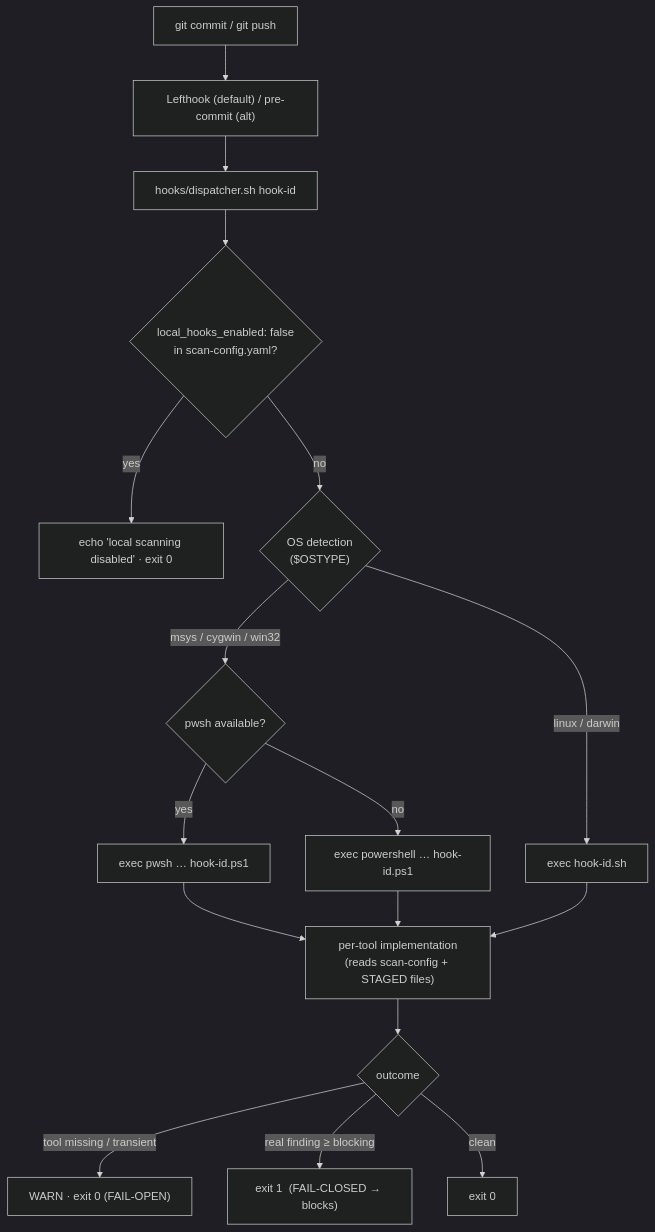
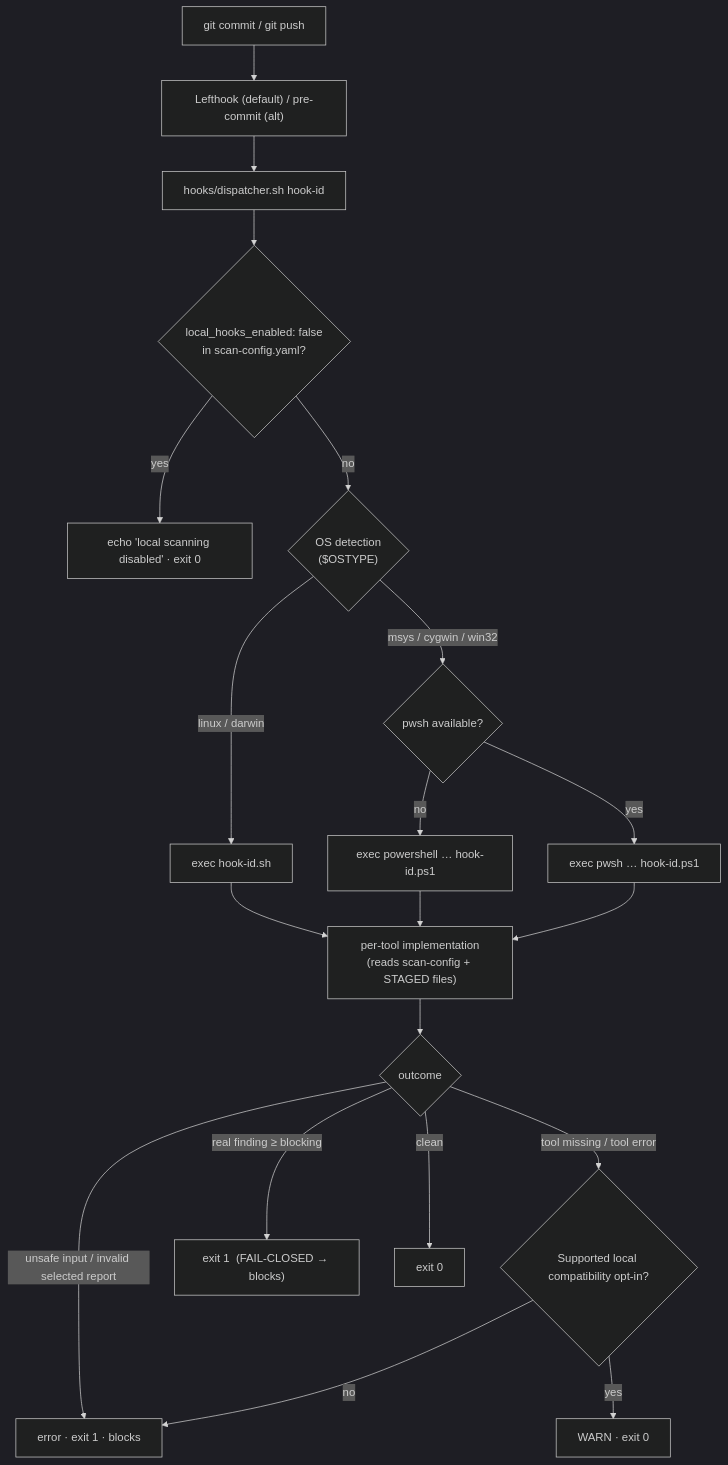
The third of 9 diagrams in docs/ARCHITECTURE.md (agenticcodingops/auto-code-scanning), drawn with Mermaid (dark theme) before and after one commit. The commit also changed other lines of this file and 17 other files, not shown here.

````diff
--- a/docs/ARCHITECTURE.md
+++ b/docs/ARCHITECTURE.md
@@ -99,19 +99,22 @@
 ```mermaid
 flowchart TD
     ev["git commit / git push"] --> runner["Lefthook (default) / pre-commit (alt)"]
     runner --> disp["hooks/dispatcher.sh hook-id"]
     disp --> ks{"local_hooks_enabled: false<br/>in scan-config.yaml?"}
     ks -->|"yes"| skip["echo 'local scanning disabled' · exit 0"]
     ks -->|"no"| osd{"OS detection<br/>($OSTYPE)"}
     osd -->|"msys / cygwin / win32"| winp{"pwsh available?"}
     winp -->|"yes"| p1["exec pwsh … hook-id.ps1"]
     winp -->|"no"| p2["exec powershell … hook-id.ps1"]
     osd -->|"linux / darwin"| s1["exec hook-id.sh"]
     p1 --> impl
     p2 --> impl
     s1 --> impl["per-tool implementation<br/>(reads scan-config + STAGED files)"]
     impl --> outcome{"outcome"}
-    outcome -->|"tool missing / transient"| open["WARN · exit 0  (FAIL-OPEN)"]
+    outcome -->|"tool missing / tool error"| compat{"Supported local compatibility opt-in?"}
+    compat -->|"no"| blocked["error · exit 1 · blocks"]
+    compat -->|"yes"| open["WARN · exit 0"]
+    outcome -->|"unsafe input / invalid selected report"| blocked
     outcome -->|"real finding ≥ blocking"| closed["exit 1  (FAIL-CLOSED → blocks)"]
     outcome -->|"clean"| ok["exit 0"]
 ```
````
